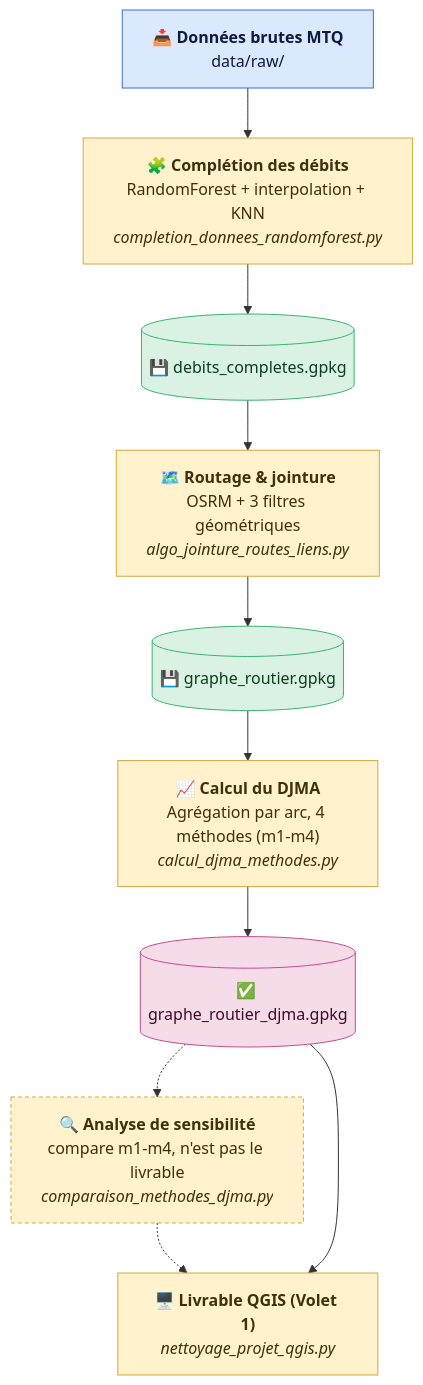
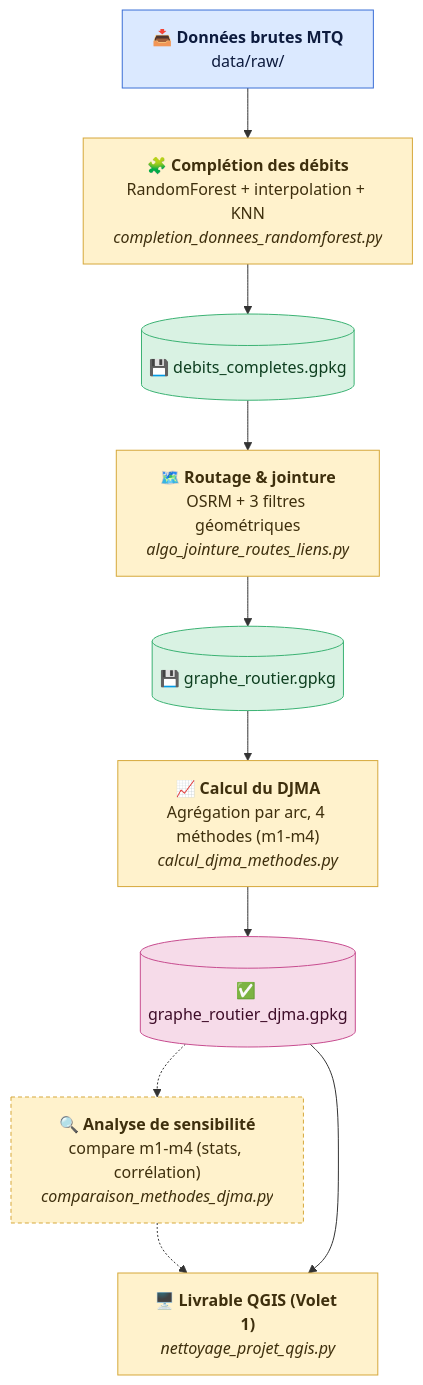
The diagram in README.md (akrambouznad789-cyber/projet-resilience-cirano), drawn with Mermaid before and after one commit.

Commit message:
doc: retire la formule défensive du nœud analyse de sensibilité
"n'est pas le livrable" sur le nœud lui-même était redondant avec la légende
et lisait comme un aveu plutôt qu'une simple description ; la légende du
diagramme porte déjà cette nuance.

````diff
--- a/README.md
+++ b/README.md
@@ -17,29 +17,29 @@
 ```mermaid
 flowchart TD
     A["📥 <b>Données brutes MTQ</b><br/>data/raw/"]
     B["🧩 <b>Complétion des débits</b><br/>RandomForest + interpolation + KNN<br/><i>completion_donnees_randomforest.py</i>"]
     C[("💾 debits_completes.gpkg")]
     D["🗺️ <b>Routage &amp; jointure</b><br/>OSRM + 3 filtres géométriques<br/><i>algo_jointure_routes_liens.py</i>"]
     E[("💾 graphe_routier.gpkg")]
     F["📈 <b>Calcul du DJMA</b><br/>Agrégation par arc, 4 méthodes (m1-m4)<br/><i>calcul_djma_methodes.py</i>"]
     G[("✅ graphe_routier_djma.gpkg")]
-    H["🔍 <b>Analyse de sensibilité</b><br/>compare m1-m4, n'est pas le livrable<br/><i>comparaison_methodes_djma.py</i>"]
+    H["🔍 <b>Analyse de sensibilité</b><br/>compare m1-m4 (stats, corrélation)<br/><i>comparaison_methodes_djma.py</i>"]
     I["🖥️ <b>Livrable QGIS (Volet 1)</b><br/><i>nettoyage_projet_qgis.py</i>"]
 
     A --> B --> C --> D --> E --> F --> G
     G -.-> H
     H -.-> I
     G --> I
 
     classDef inputStyle fill:#dbe9ff,stroke:#3b6fd6,stroke-width:1px,color:#0d1b3e
     classDef scriptStyle fill:#fff2cc,stroke:#d6a83b,stroke-width:1px,color:#3e2f0d
     classDef dataStyle fill:#d9f2e3,stroke:#3bb273,stroke-width:1px,color:#0d3e1f
     classDef outputStyle fill:#f6dbe9,stroke:#c74c8f,stroke-width:1px,color:#3e0d29
     classDef qaStyle fill:#fff2cc,stroke:#d6a83b,stroke-width:1px,color:#3e2f0d,stroke-dasharray: 4 3
 
     class A inputStyle
     class B,D,F,I scriptStyle
     class H qaStyle
     class C,E dataStyle
     class G outputStyle
 ```
````
